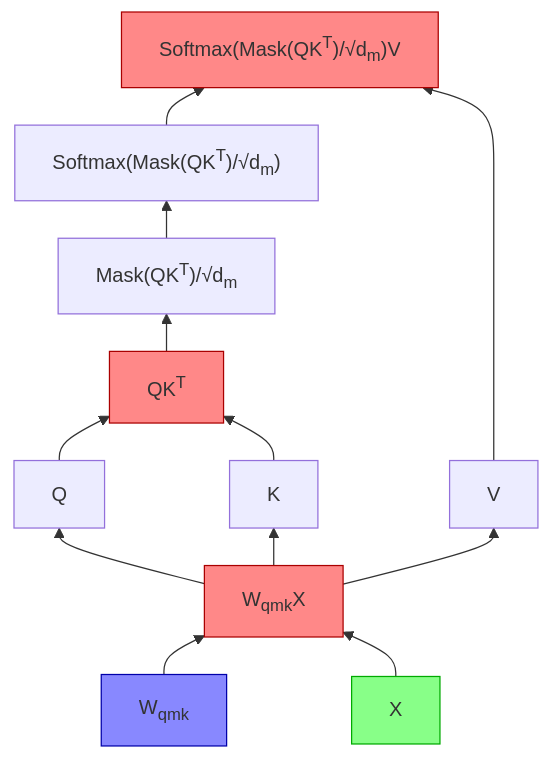
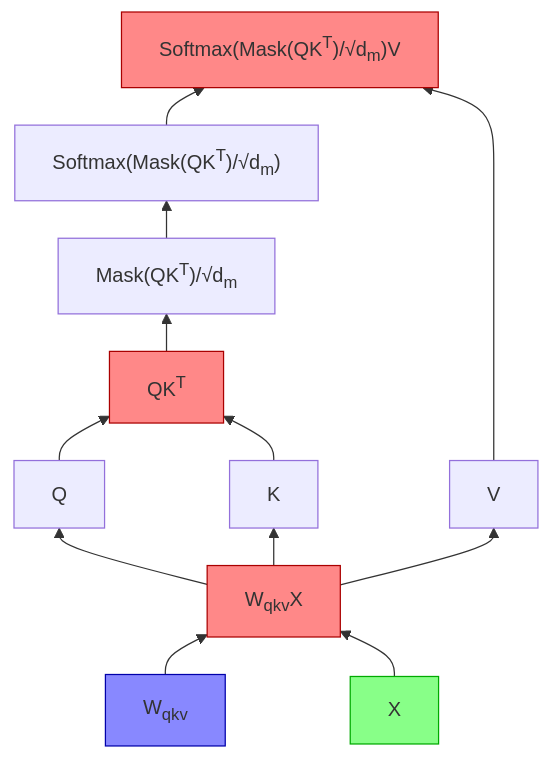
The second of 4 diagrams in _posts/2022-01-27-optimization.md (tloen/tloen.github.io), drawn with Mermaid before and after one commit. The commit also changed other lines of this file, not shown here.

````diff
--- a/_posts/2022-01-27-optimization.md
+++ b/_posts/2022-01-27-optimization.md
@@ -398,23 +398,23 @@
 ```mermaid
 %%{init: { "flowchart": {"useMaxWidth": true, "rankSpacing": 30, "nodeSpacing": 100} } }%%
 flowchart BT
 classDef weight fill:#88f,stroke:#00a
 classDef input fill:#8f8,stroke:#0a0
 classDef matmul fill:#f88,stroke:#a00
 
-    Wqmk["W<sub>qmk</sub>"] --> QKV["W<sub>qmk</sub>X"]
-    class Wqmk weight
+    Wqkv["W<sub>qkv</sub>"] --> QKV["W<sub>qkv</sub>X"]
+    class Wqkv weight
     xcsa[X] --> QKV
     class QKV matmul
     class xcsa input
     QKV --> Q["Q"]
     QKV --> K["K"]
     QKV --> V["V"]
     Q --> QK["QK<sup>T</sup>"]
     K --> QK
     class QK matmul
     QK --> mQK["Mask(QK<sup>T</sup>)/√d<sub>m</sub>"] --> sQK["Softmax(Mask(QK<sup>T</sup>)/√d<sub>m</sub>)"]
     sQK --> attn
     V -----> attn["Softmax(Mask(QK<sup>T</sup>)/√d<sub>m</sub>)V"]
     class attn matmul
 ```
````
